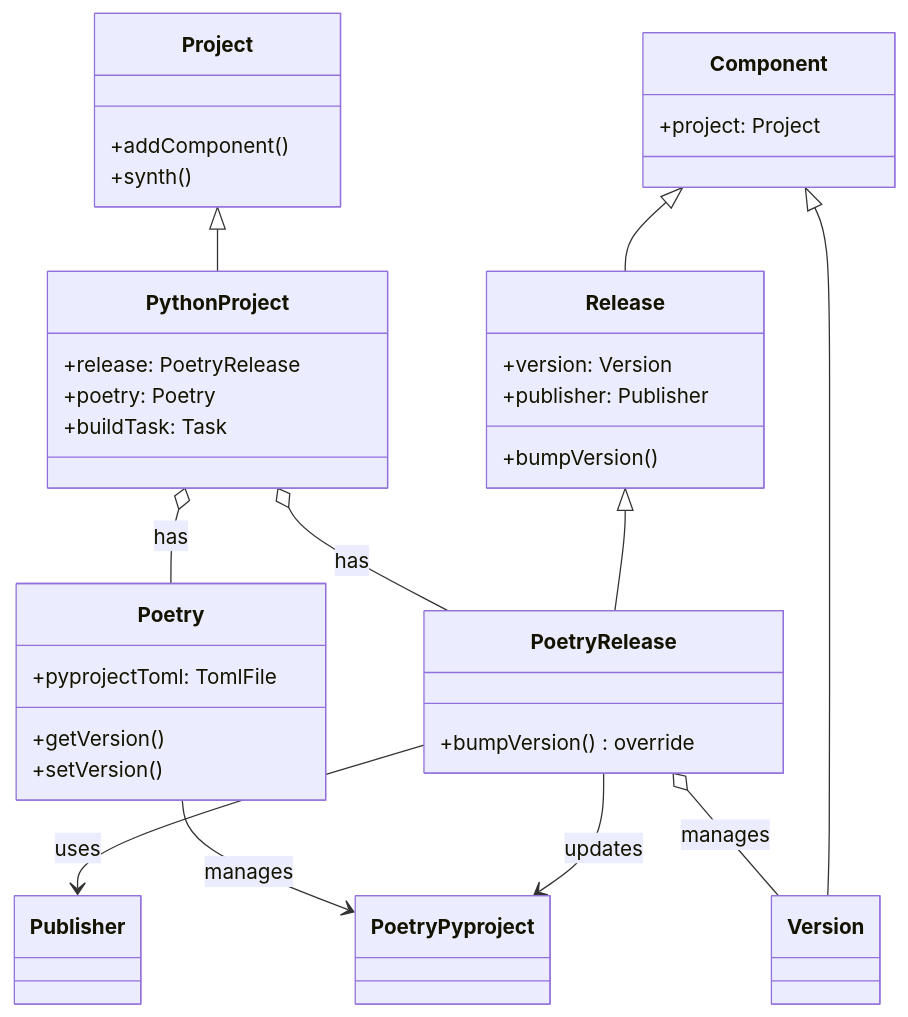
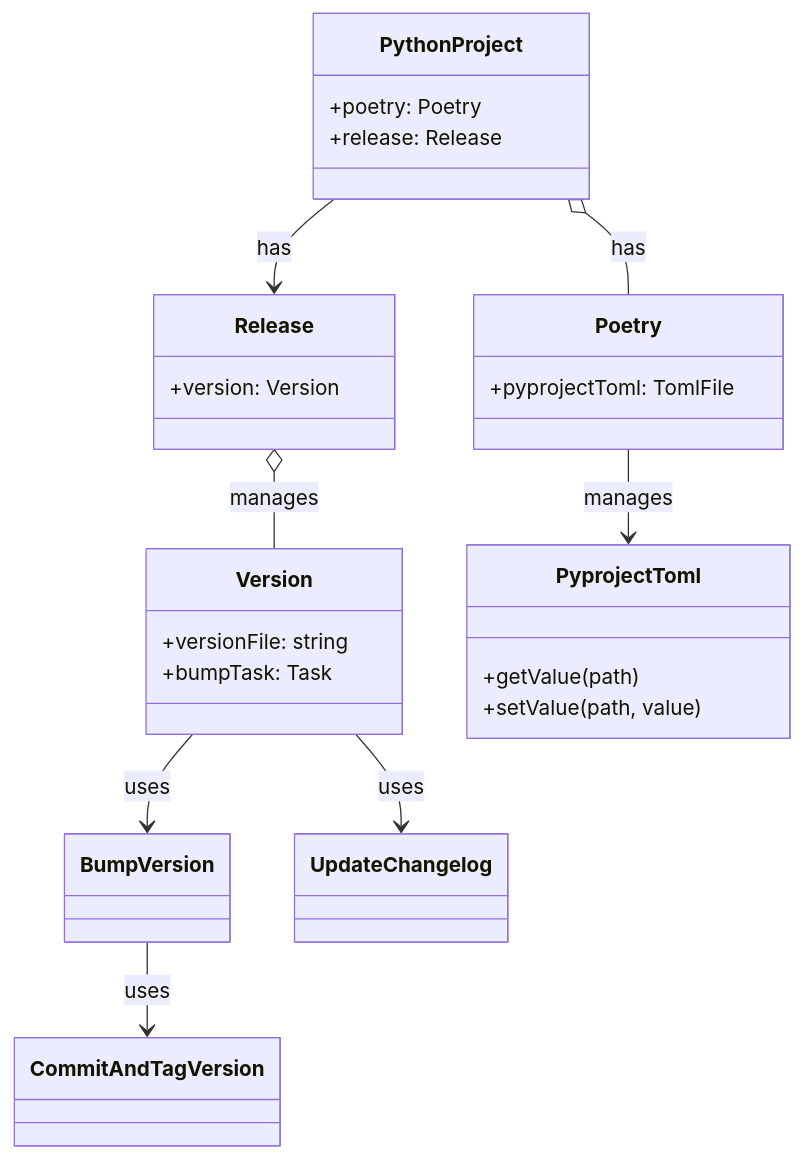
Before and after one commit to projen/projen: the second of 2 diagrams in rfcs/poetry-release-automation.md, drawn with Mermaid. The commit also changed other lines of this file, not shown here.

Commit message:
feat(rfcs): refine Poetry release automation RFC

````diff
--- a/rfcs/poetry-release-automation.md
+++ b/rfcs/poetry-release-automation.md
@@ -273,45 +137,36 @@
 ```mermaid
 classDiagram
-    Project <|-- PythonProject
-    Component <|-- Release
-    Component <|-- Version
-    Release <|-- PoetryRelease
+    PythonProject --> Release : has
+    PythonProject o-- Poetry : has
 
-    PythonProject o-- PoetryRelease : has
-    PythonProject o-- Poetry : has
-    PoetryRelease --> PoetryPyproject : updates
-    PoetryRelease --> Publisher : uses
-    PoetryRelease o-- Version : manages
-    Poetry --> PoetryPyproject : manages
+    Release o-- Version : manages
 
-    class Project {
-        +addComponent()
-        +synth()
-    }
+    Version --> BumpVersion : uses
+    BumpVersion --> CommitAndTagVersion : uses
+    Version --> UpdateChangelog : uses
+
+    Poetry --> PyprojectToml : manages
 
     class PythonProject {
-        +release: PoetryRelease
         +poetry: Poetry
-        +buildTask: Task
-    }
-
-    class Component {
-        +project: Project
+        +release: Release
     }
 
     class Release {
         +version: Version
-        +publisher: Publisher
-        +bumpVersion()
     }
 
-    class PoetryRelease {
-        +bumpVersion() override
+    class Version {
+        +versionFile: string
+        +bumpTask: Task
     }
 
     class Poetry {
         +pyprojectToml: TomlFile
-        +getVersion()
-        +setVersion()
+    }
+
+    class PyprojectToml {
+        +getValue(path)
+        +setValue(path, value)
     }
 ```
````
